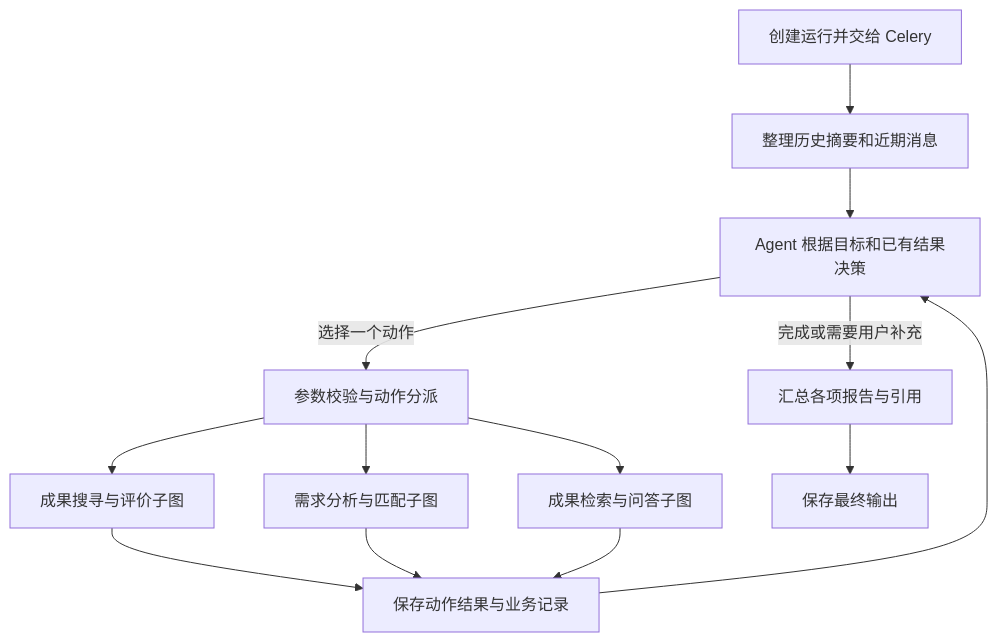
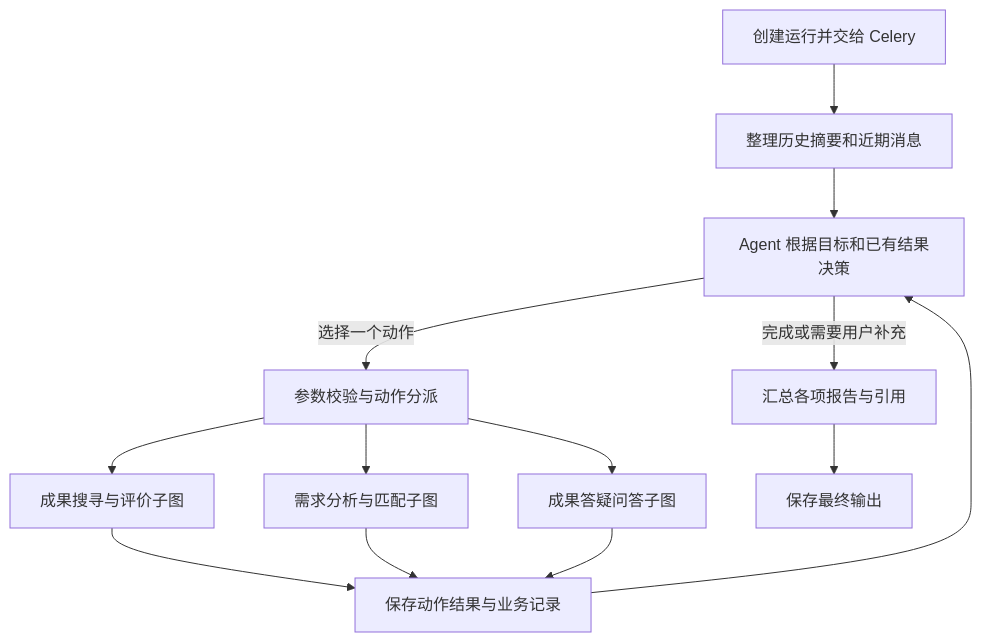
Before and after one commit to WEIJIE0213/HydroBridge-Agent-Platform: the diagram in docs/ARCHITECTURE.md, drawn with Mermaid. The commit also changed other lines of this file and 22 other files, not shown here.

````diff
--- a/docs/ARCHITECTURE.md
+++ b/docs/ARCHITECTURE.md
@@ -7,15 +7,15 @@
 ```mermaid
 flowchart TD
     Start[创建运行并交给 Celery] --> Memory[整理历史摘要和近期消息]
     Memory --> Agent[Agent 根据目标和已有结果决策]
     Agent -->|选择一个动作| Dispatch[参数校验与动作分派]
     Dispatch --> Achievement[成果搜寻与评价子图]
     Dispatch --> Requirement[需求分析与匹配子图]
-    Dispatch --> QA[成果检索与问答子图]
+    Dispatch --> QA[成果答疑问答子图]
     Achievement --> Collect[保存动作结果与业务记录]
     Requirement --> Collect
     QA --> Collect
     Collect --> Agent
     Agent -->|完成或需要用户补充| Respond[汇总各项报告与引用]
     Respond --> End[保存最终输出]
 ```
````
